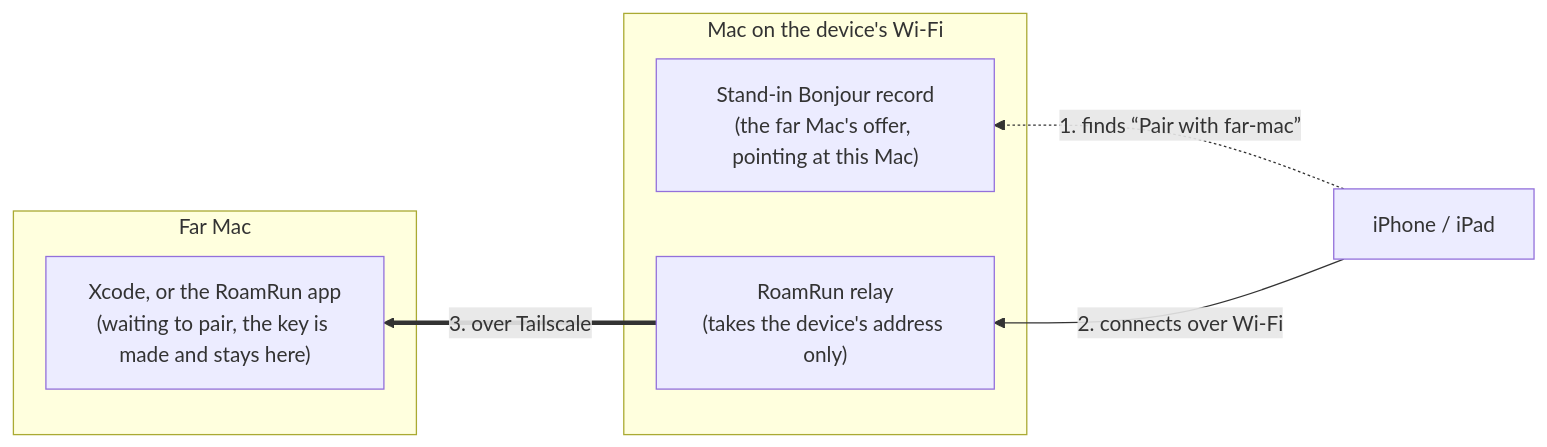
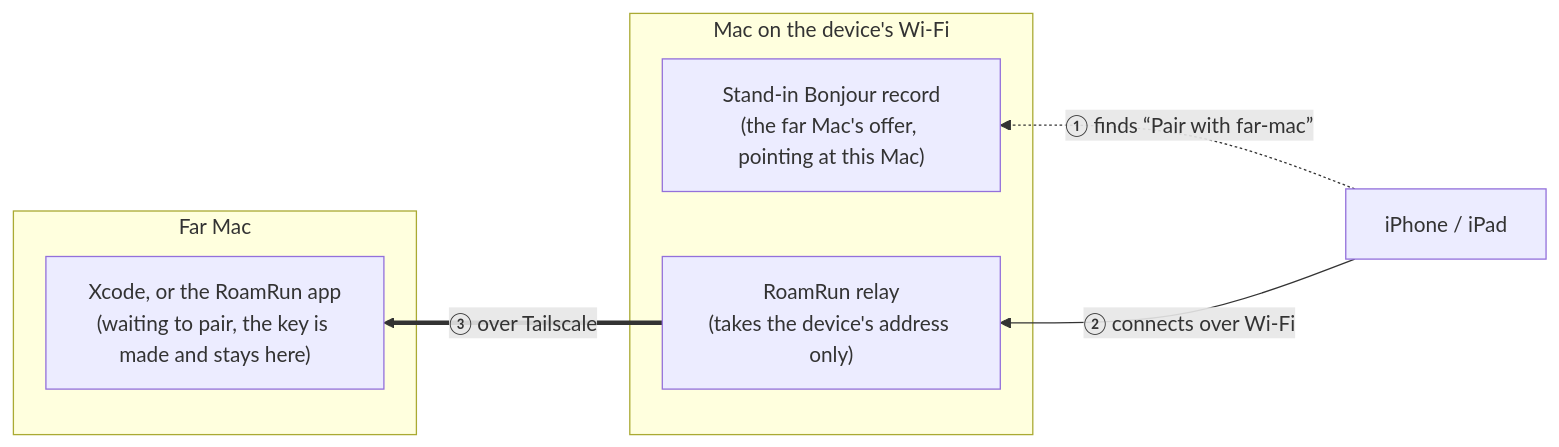
One commit to mh-mobile/RoamRun changed the second of 2 diagrams in docs/how-it-works.md. Above: the diagram before and after it, drawn with Mermaid. The commit also changed other lines of this file and 3 other files, not shown here.

````diff
--- a/docs/how-it-works.md
+++ b/docs/how-it-works.md
@@ -73,14 +73,14 @@
 ```mermaid
 flowchart RL
   subgraph home["Mac on the device's Wi-Fi"]
     fake["Stand-in Bonjour record<br/>(the far Mac's offer, pointing at this Mac)"]
     relay["RoamRun relay<br/>(takes the device's address only)"]
   end
   subgraph far["Far Mac"]
     host["Xcode, or the RoamRun app<br/>(waiting to pair, the key is made and stays here)"]
   end
   iphone["iPhone / iPad"]
-  iphone -. "1. finds “Pair with far-mac”" .-> fake
-  iphone -- "2. connects over Wi-Fi" --> relay
-  relay == "3. over Tailscale" ==> host
+  iphone -. "① finds “Pair with far-mac”" .-> fake
+  iphone -- "② connects over Wi-Fi" --> relay
+  relay == "③ over Tailscale" ==> host
 ```
````
